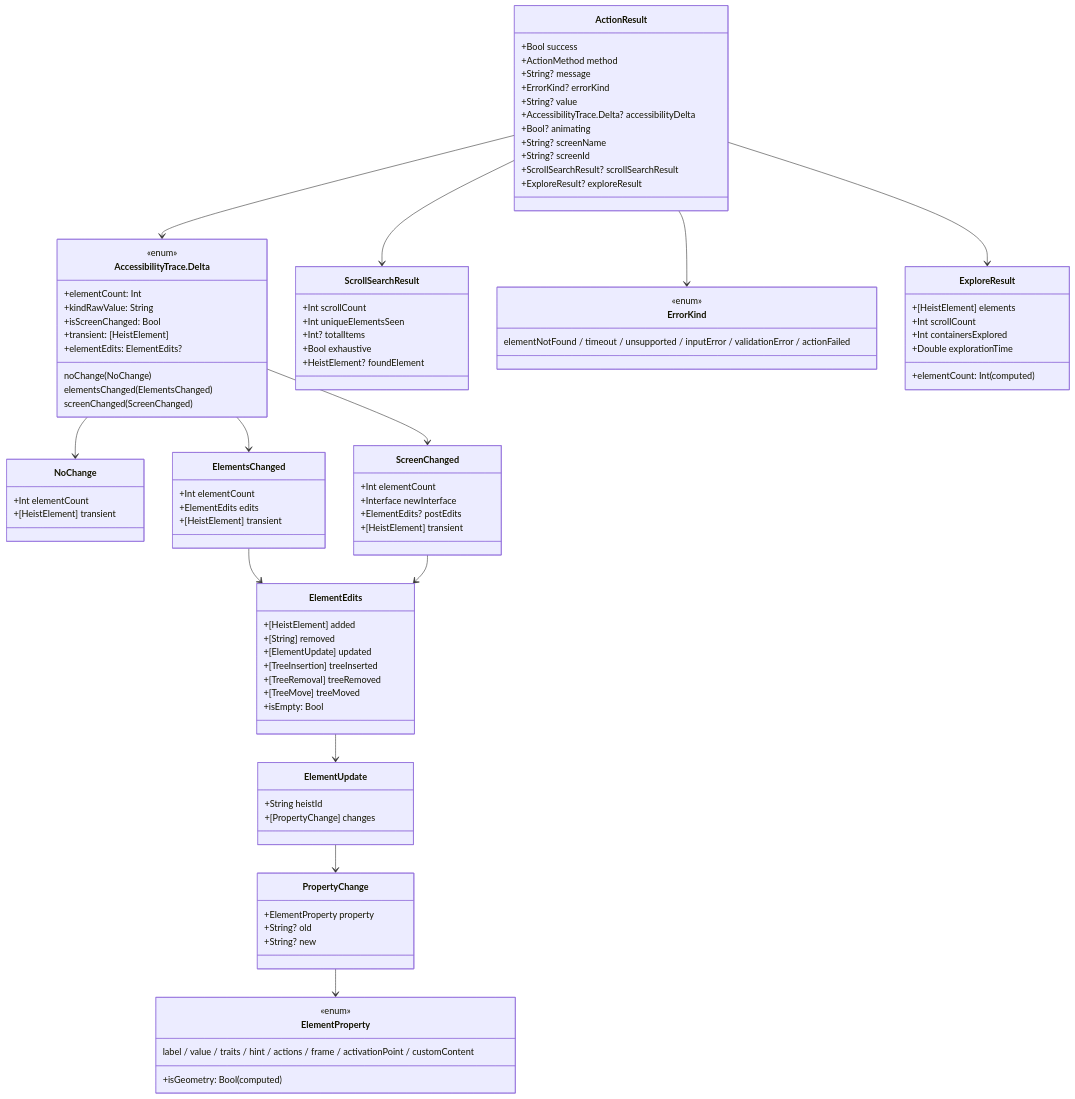
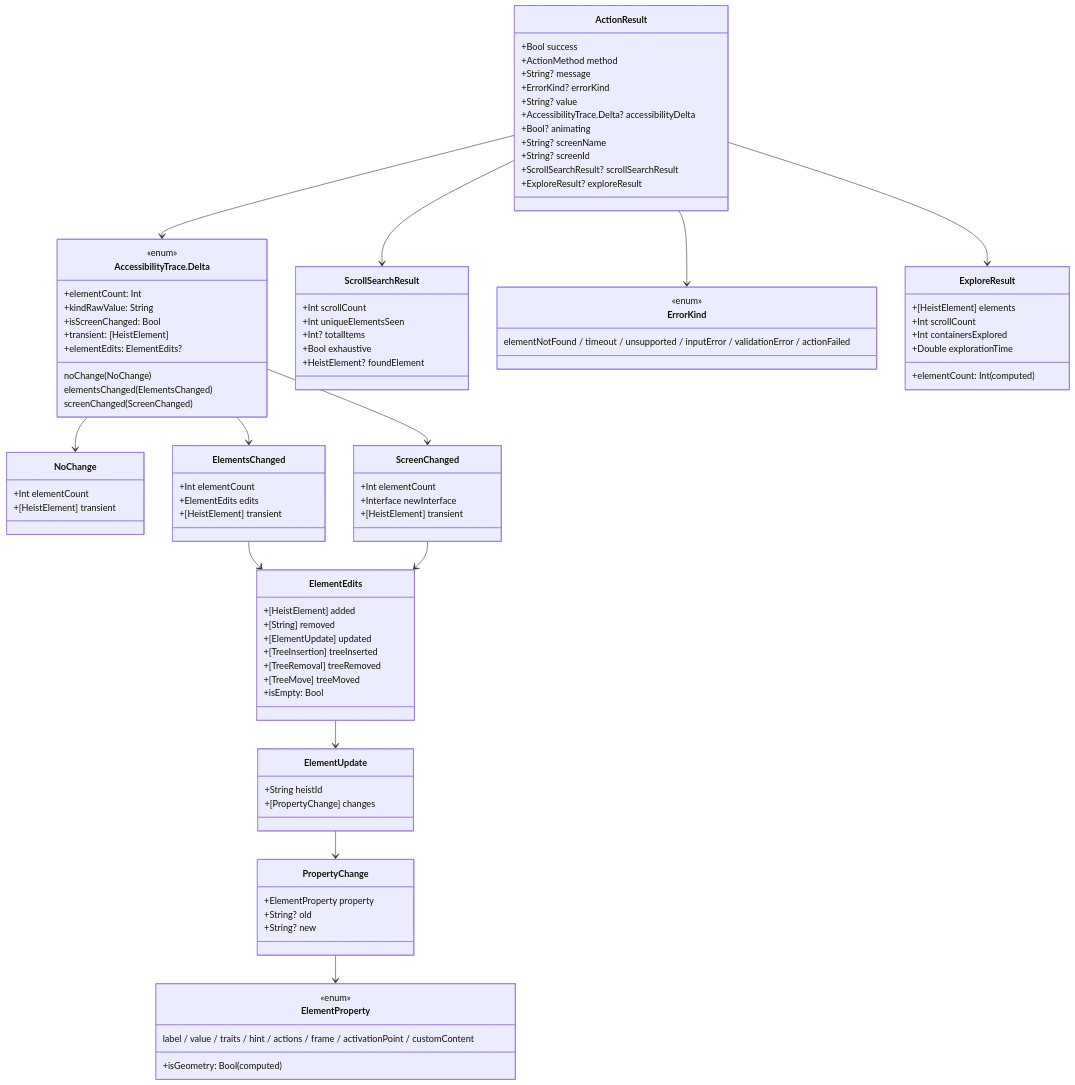
The fifth of 7 diagrams in docs/dossiers/18-THESCORE.md (RoyalPineapple/TheButtonHeist), drawn with Mermaid before and after one commit. The commit also changed 16 other files, not shown here.

```diff
--- a/docs/dossiers/18-THESCORE.md
+++ b/docs/dossiers/18-THESCORE.md
@@ -252,7 +252,6 @@
     class ScreenChanged {
         +Int elementCount
         +Interface newInterface
-        +ElementEdits? postEdits
         +[HeistElement] transient
     }
 
```
